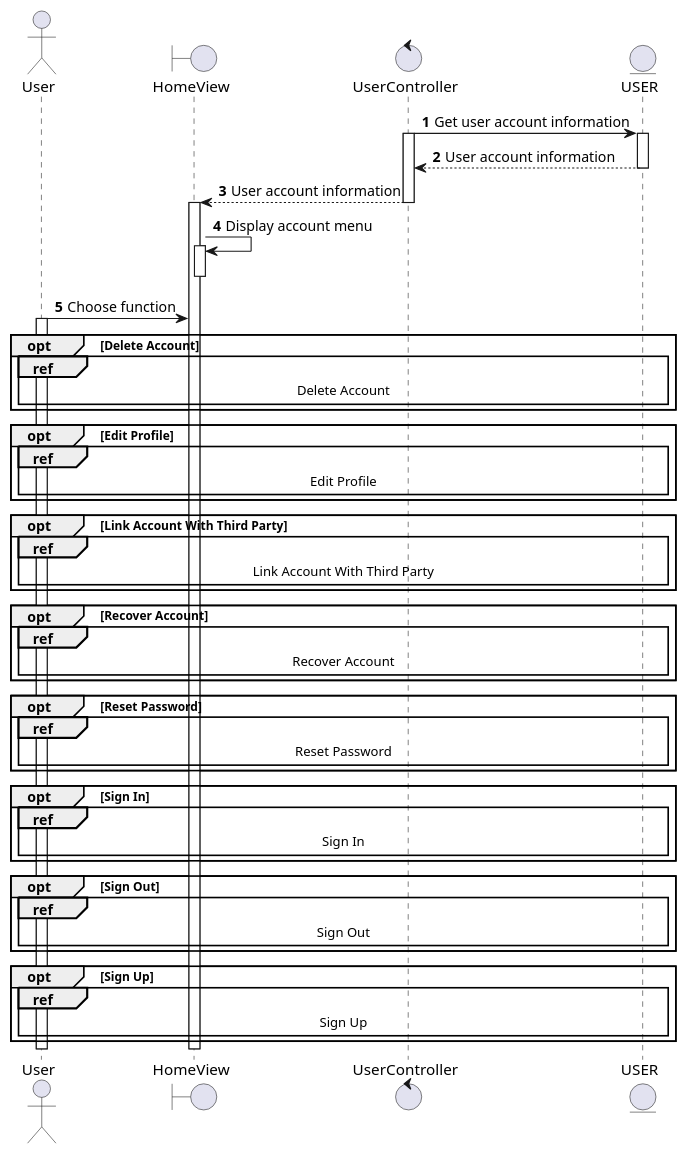
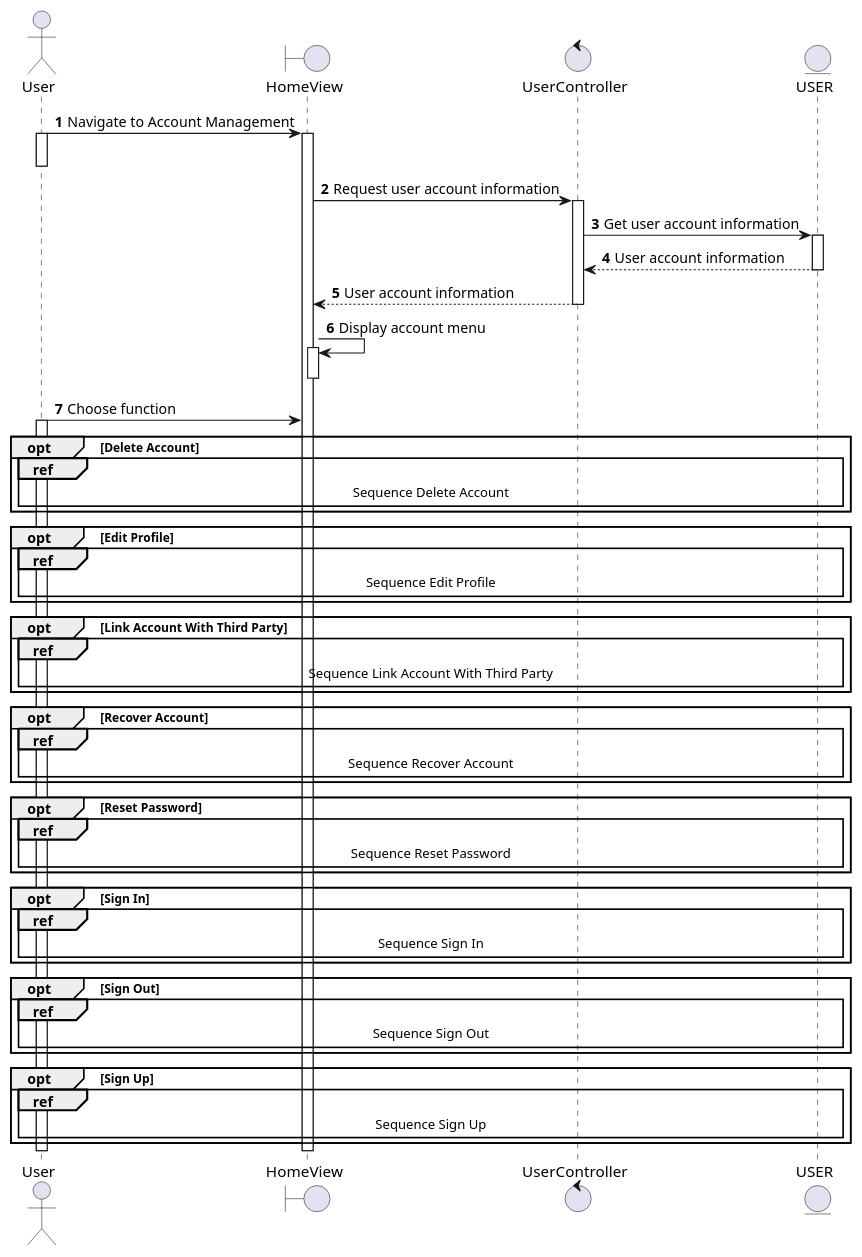
The diagram in docs/software-docs/sequence/manage-account/manage-account.md (electricilies/electricilies.github.io), drawn with PlantUML before and after one commit. The commit also changed 16 other files, not shown here.

Commit message:
refactor: sequence diagrams start from user side, and some minor

````diff
--- a/docs/software-docs/sequence/manage-account/manage-account.md
+++ b/docs/software-docs/sequence/manage-account/manage-account.md
@@ -3,61 +3,65 @@
 ```plantuml
 @startuml
 autonumber
 
 actor User as U
 boundary HomeView as HV
 control UserController as UC
 entity USER as Us
 
+U -> HV: Navigate to Account Management
+activate U
+activate HV
+deactivate U
+HV -> UC: Request user account information
+activate UC
 UC -> Us: Get user account information
-activate UC
 activate Us
 UC <-- Us: User account information
 deactivate Us
 HV <-- UC: User account information
 deactivate UC
-activate HV
 HV -> HV: Display account menu
 activate HV
 deactivate HV
 
 U -> HV: Choose function
 activate U
 
 opt Delete Account
-  ref over U, Us: Delete Account
+  ref over U, Us: Sequence Delete Account
 end
 
 opt Edit Profile
-  ref over U, Us: Edit Profile
+  ref over U, Us: Sequence Edit Profile
 end
 
 opt Link Account With Third Party
-  ref over U, Us: Link Account With Third Party
+  ref over U, Us: Sequence Link Account With Third Party
 end
 
 opt Recover Account
-  ref over U, Us: Recover Account
+  ref over U, Us: Sequence Recover Account
 end
 
 opt Reset Password
-  ref over U, Us: Reset Password
+  ref over U, Us: Sequence Reset Password
 end
 
 opt Sign In
-  ref over U, Us: Sign In
+  ref over U, Us: Sequence Sign In
 end
 
 opt Sign Out
-  ref over U, Us: Sign Out
+  ref over U, Us: Sequence Sign Out
 end
 
 opt Sign Up
-  ref over U, Us: Sign Up
+  ref over U, Us: Sequence Sign Up
 end
 
 deactivate HV
 deactivate U
 
 @enduml
 ```
````
